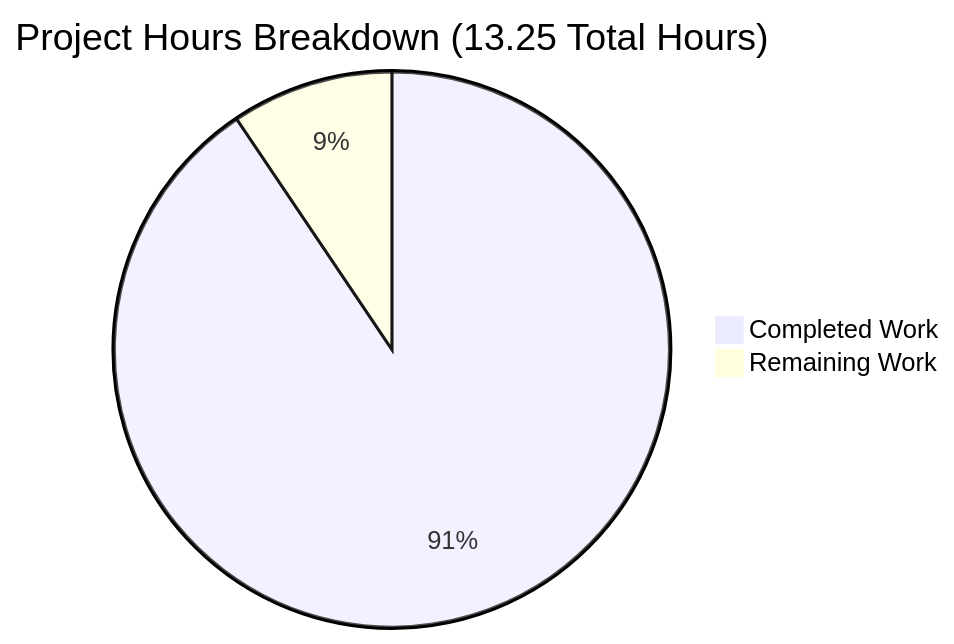
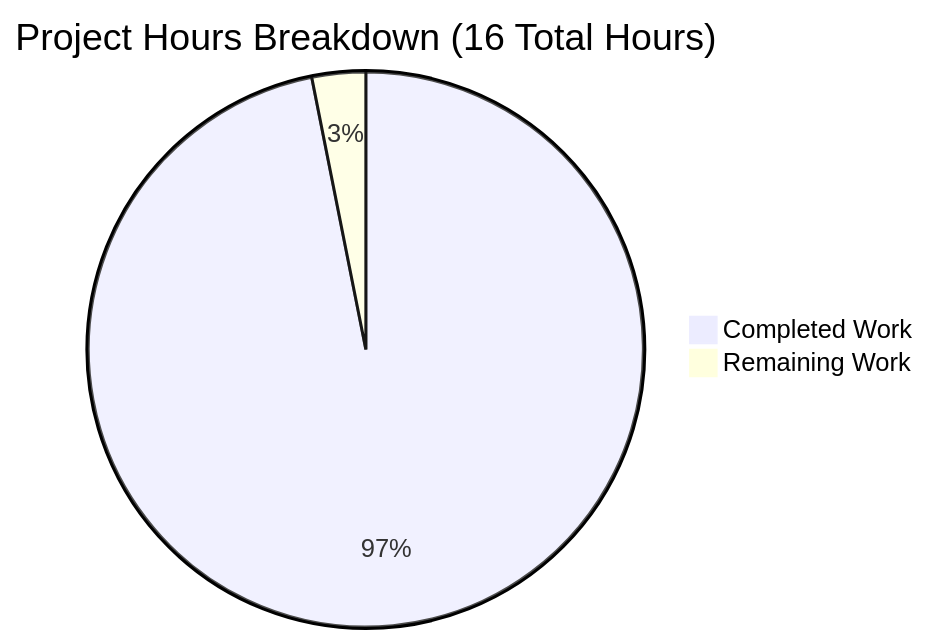
One commit to blitzytest02/Nov18_12 changed the first of 3 diagrams in blitzy/documentation/Project Guide.md. Above: the diagram before and after it, drawn with Mermaid. The commit also changed other lines of this file, not shown here.

Commit message:
Adding Blitzy Project Guide: Project Status and Human Tasks Remaining

````diff
--- a/blitzy/documentation/Project Guide.md
+++ b/blitzy/documentation/Project Guide.md
@@ -61,5 +149,5 @@
 ```mermaid
-pie title Project Hours Breakdown (13.25 Total Hours)
-    "Completed Work" : 12
-    "Remaining Work" : 1.25
+pie title Project Hours Breakdown (16 Total Hours)
+    "Completed Work" : 15.5
+    "Remaining Work" : 0.5
 ```
````
